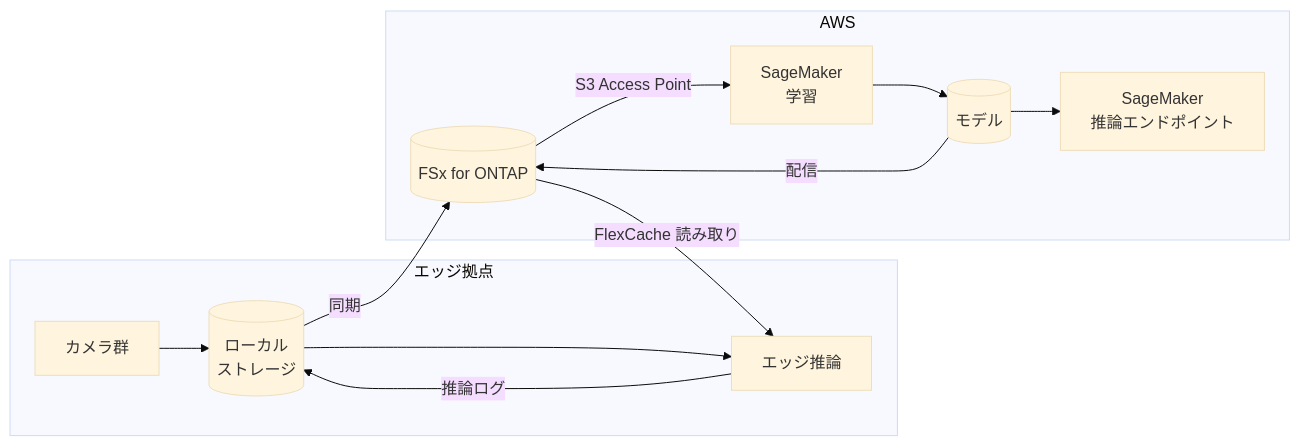
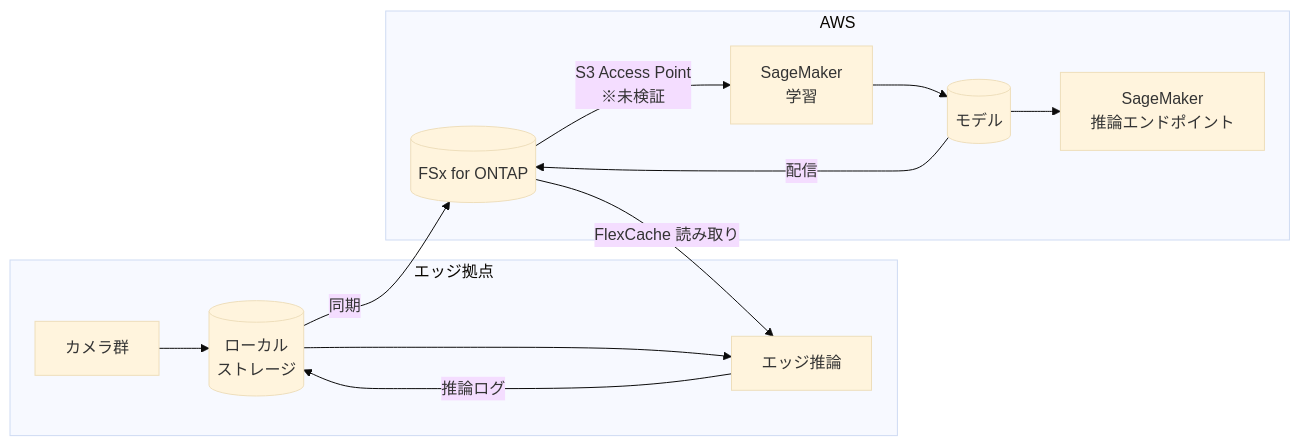
One commit to Yoshiki0705/ONTAP-Edge-to-Cloud-AI changed the diagram in docs/ja/aws-patterns/02-edge-ai-sagemaker.md. Above: the diagram before and after it, drawn with Mermaid (base theme). The commit also changed other lines of this file and 42 other files, not shown here.

````diff
--- a/docs/ja/aws-patterns/02-edge-ai-sagemaker.md
+++ b/docs/ja/aws-patterns/02-edge-ai-sagemaker.md
@@ -26,16 +26,16 @@
 ```mermaid
 graph LR
   subgraph Edge["エッジ拠点"]
     CAM[カメラ群] --> LS[(ローカル<br/>ストレージ)]
     LS --> INF[エッジ推論]
   end
   subgraph Cloud["AWS"]
     LS -->|同期| FSX[(FSx for ONTAP)]
-    FSX -->|S3 Access Point| TR[SageMaker<br/>学習]
+    FSX -->|S3 Access Point<br/>※未検証| TR[SageMaker<br/>学習]
     TR --> MDL[(モデル)]
     MDL --> EP[SageMaker<br/>推論エンドポイント]
     MDL -->|配信| FSX
   end
   FSX -->|FlexCache 読み取り| INF
   INF -->|推論ログ| LS
 ```
````
